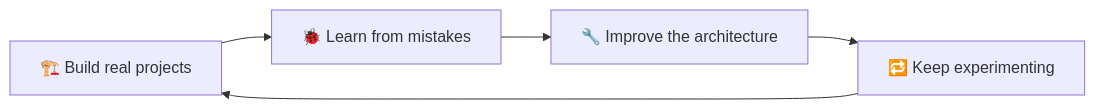
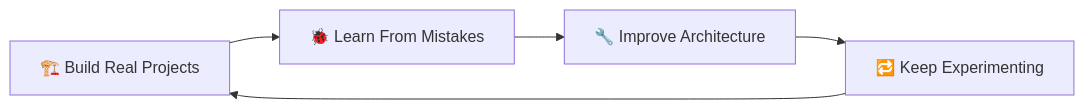
One commit to SahanPramuditha-Dev/Wishwin-create changed the diagram in README.md. Above: the diagram before and after it, drawn with Mermaid. The commit also changed other lines of this file, not shown here.

````diff
--- a/README.md
+++ b/README.md
@@ -173,7 +375,7 @@
 ```mermaid
 graph LR
-    A[🏗️ Build real projects] --> B[🐞 Learn from mistakes]
-    B --> C[🔧 Improve the architecture]
-    C --> D[🔁 Keep experimenting]
+    A["🏗️ Build Real Projects"] --> B["🐞 Learn From Mistakes"]
+    B --> C["🔧 Improve Architecture"]
+    C --> D["🔁 Keep Experimenting"]
     D --> A
 ```
````
